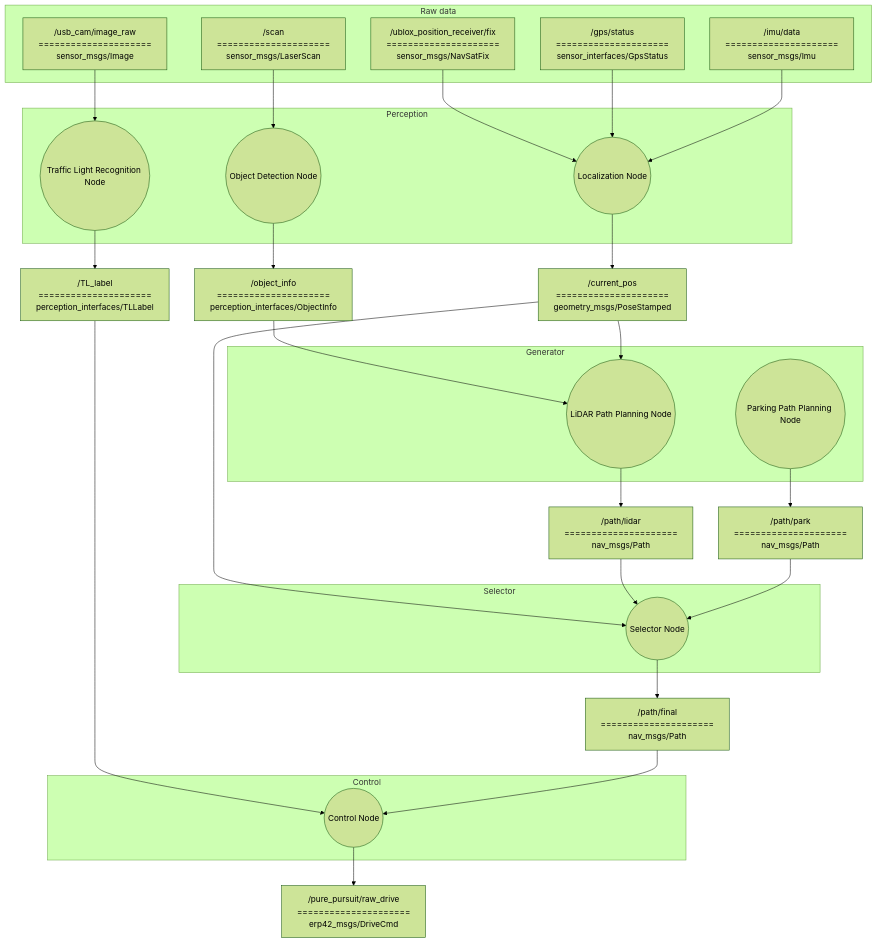
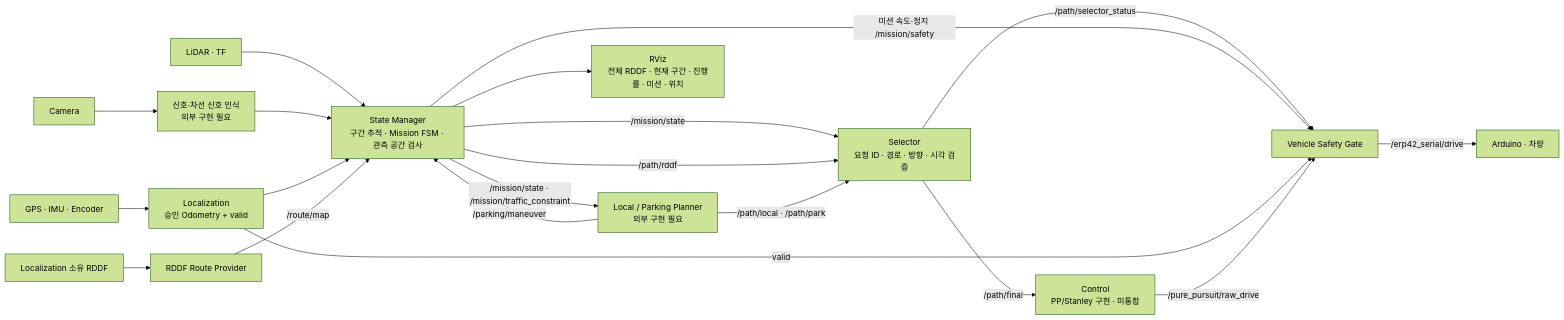
Before and after one commit to Team-Stier/HL-FMA-1-5-2026: the diagram in README.md, drawn with Mermaid (forest theme). The commit also changed other lines of this file and 131 other files, not shown here.

Commit message:
Integrate current autonomy stack and architecture docs

````diff
--- a/README.md
+++ b/README.md
@@ -198,68 +203,22 @@
 ```mermaid
-flowchart TD
-
-subgraph RAW["Raw data"]
-    GPS["/ublox_position_receiver/fix<br/>=====================<br/>sensor_msgs/NavSatFix"]
-    GPS_STATUS["/gps/status<br/>=====================<br/>sensor_interfaces/GpsStatus"]
-    IMU["/imu/data<br/>=====================<br/>sensor_msgs/Imu"]
-    CAM["/usb_cam/image_raw<br/>=====================<br/>sensor_msgs/Image"]
-    LIDAR["/scan<br/>=====================<br/>sensor_msgs/LaserScan"]
-end
-
-subgraph PERCEPTION["Perception"]
-    TL(("Traffic Light Recognition Node"))
-    LOC(("Localization Node"))
-    OBJ(("Object Detection Node"))
-end
-
-OBJ_INFO["/object_info<br/>=====================<br/>perception_interfaces/ObjectInfo"]
-TL_LABEL["/TL_label<br/>=====================<br/>perception_interfaces/TLLabel"]
-CURPOS["/current_pos<br/>=====================<br/>geometry_msgs/PoseStamped"]
-
-subgraph GENERATOR["Generator"]
-    RRT(("LiDAR Path Planning Node"))
-    PARKING(("Parking Path Planning Node"))
-end
-
-LIDAR_PATH["/path/lidar<br/>=====================<br/>nav_msgs/Path"]
-PARKING_PATH["/path/park<br/>=====================<br/>nav_msgs/Path"]
-
-subgraph SELECTOR["Selector"]
-    SEL(("Selector Node"))
-end
-
-FINAL_PATH["/path/final<br/>=====================<br/>nav_msgs/Path"]
-
-subgraph CONTROL["Control"]
-    CTRL(("Control Node"))
-end
-
-DRIVE_CMD["/pure_pursuit/raw_drive<br/>=====================<br/>erp42_msgs/DriveCmd"]
-
-GPS --> LOC
-GPS_STATUS --> LOC
-IMU --> LOC
-CAM --> TL
-LIDAR --> OBJ
-
-OBJ --> OBJ_INFO
-OBJ_INFO --> RRT
-
-LOC --> CURPOS
-CURPOS --> RRT
-CURPOS --> SEL
-
-TL --> TL_LABEL
-TL_LABEL --> CTRL
-
-RRT --> LIDAR_PATH
-LIDAR_PATH --> SEL
-
-PARKING --> PARKING_PATH
-PARKING_PATH --> SEL
-
-SEL --> FINAL_PATH
-FINAL_PATH --> CTRL
-
-CTRL --> DRIVE_CMD
+flowchart LR
+    GPS["GPS · IMU · Encoder"] --> LOC["Localization<br/>승인 Odometry + valid"]
+    CAM["Camera"] --> VISION["신호·차선 신호 인식<br/>외부 구현 필요"]
+    LIDAR["LiDAR · TF"] --> SM
+    VISION --> SM
+    LOC --> SM
+    RDDF["Localization 소유 RDDF"] --> PROVIDER["RDDF Route Provider"]
+    PROVIDER -->|"/route/map"| SM["State Manager<br/>구간 추적 · Mission FSM · 관측 공간 검사"]
+    SM -->|"/mission/state · /mission/traffic_constraint"| LOCAL["Local / Parking Planner<br/>외부 구현 필요"]
+    SM -->|"/mission/state"| SELECTOR["Selector<br/>요청 ID · 경로 · 방향 · 시각 검증"]
+    SM -->|"/path/rddf"| SELECTOR
+    LOCAL -->|"/path/local · /path/park"| SELECTOR
+    LOCAL -->|"/parking/maneuver"| SM
+    SELECTOR -->|"/path/final"| CONTROL["Control<br/>PP/Stanley 구현 · 미통합"]
+    SELECTOR -->|"/path/selector_status"| GATE
+    SM -->|"미션 속도·정지 /mission/safety"| GATE["Vehicle Safety Gate"]
+    LOC -->|"valid"| GATE
+    CONTROL -->|"/pure_pursuit/raw_drive"| GATE
+    GATE -->|"/erp42_serial/drive"| VEHICLE["Arduino · 차량"]
+    SM --> RVIZ["RViz<br/>전체 RDDF · 현재 구간 · 진행률 · 미션 · 위치"]
 ```
````
